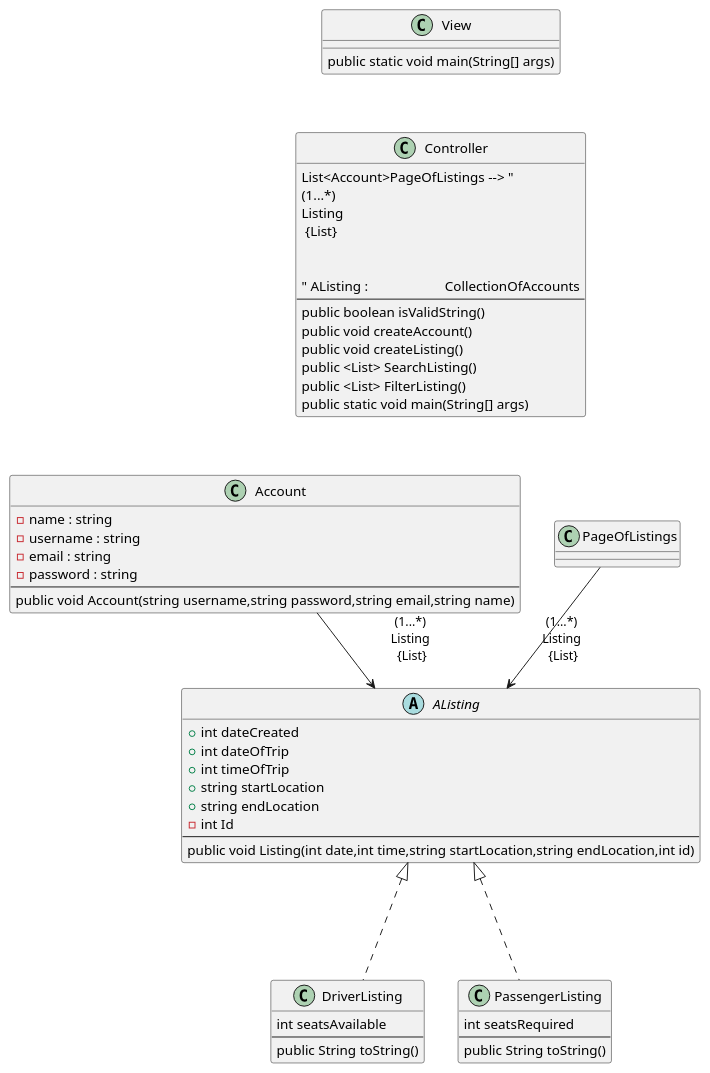
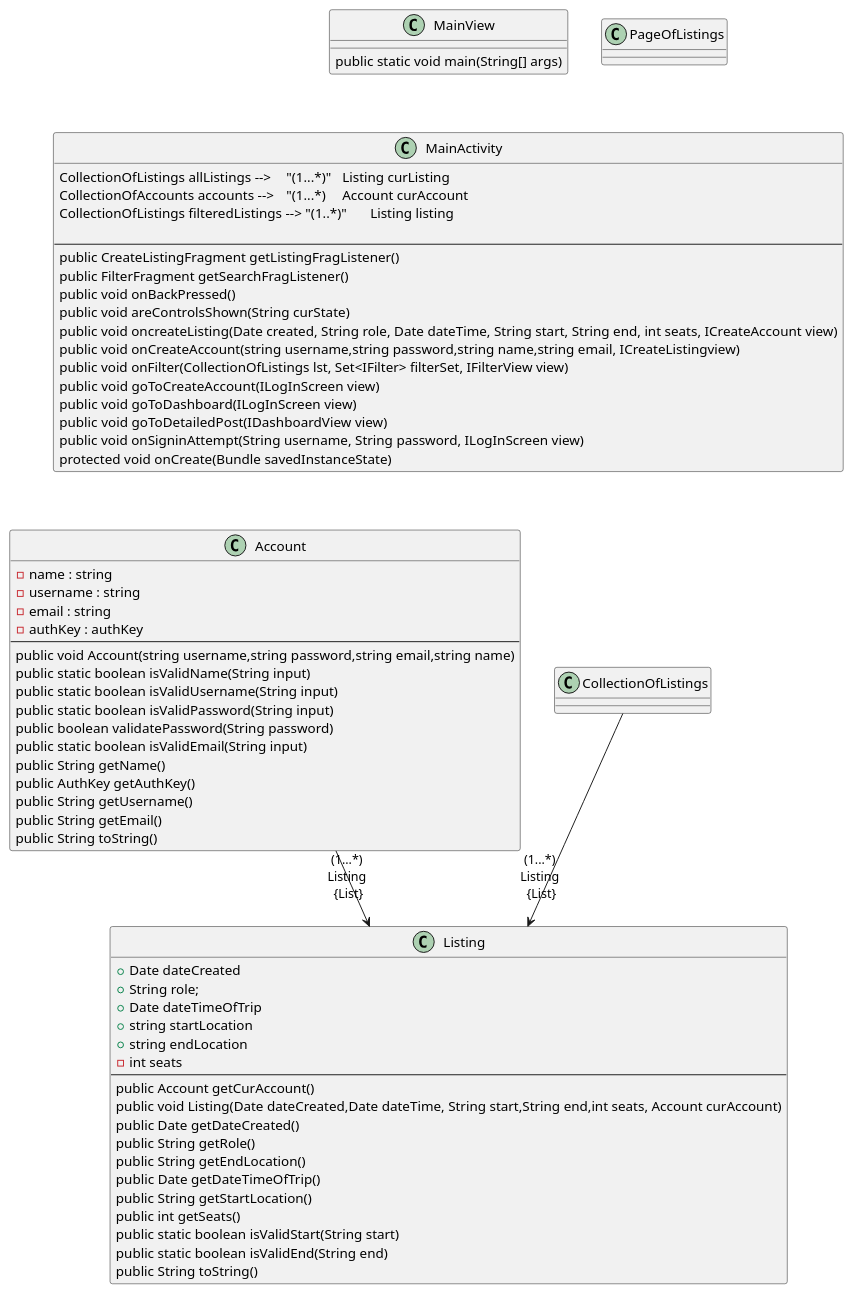
The seventh of 7 diagrams in intellij/doc/design.md (PriyaMulla/Carpool-Connect-VC), drawn with PlantUML before and after one commit. The commit also changed other lines of this file and 7 other files, not shown here.

````diff
--- a/intellij/doc/design.md
+++ b/intellij/doc/design.md
@@ -162,45 +213,66 @@
 -name : string
 -username : string
 -email : string
--password : string
+-authKey : authKey
 --
 public void Account(string username,string password,string email,string name)
+public static boolean isValidName(String input)
+public static boolean isValidUsername(String input)
+public static boolean isValidPassword(String input)
+public boolean validatePassword(String password)
+public static boolean isValidEmail(String input)
+public String getName()
+public AuthKey getAuthKey()
+public String getUsername()
+public String getEmail()
+public String toString()
 }
 
-abstract AListing{
-+int dateCreated
-+int dateOfTrip
-+int timeOfTrip
+class Listing{
++Date dateCreated
++String role;
++Date dateTimeOfTrip
 +string startLocation
 +string endLocation
--int Id
+-int seats
 --
-public void Listing(int date,int time,string startLocation,string endLocation,int id)
-}
-class DriverListing{
-int seatsAvailable
---
+public Account getCurAccount()
+public void Listing(Date dateCreated,Date dateTime, String start,String end,int seats, Account curAccount)
+public Date getDateCreated()
+public String getRole()
+public String getEndLocation()
+public Date getDateTimeOfTrip()
+public String getStartLocation()
+public int getSeats()
+public static boolean isValidStart(String start)
+public static boolean isValidEnd(String end)
 public String toString()
 }
-class PassengerListing{
-int seatsRequired
+
+
+class MainActivity{
+CollectionOfListings allListings --> \t "(1...*)"\t Listing curListing 
+CollectionOfAccounts accounts --> \t "(1...*)\t Account curAccount
+CollectionOfListings filteredListings --> "(1..*)"\t Listing listing
+
 --
-public String toString()
+public CreateListingFragment getListingFragListener()
+public FilterFragment getSearchFragListener()
+public void onBackPressed()
+public void areControlsShown(String curState)
+public void oncreateListing(Date created, String role, Date dateTime, String start, String end, int seats, ICreateAccount view)
+public void onCreateAccount(string username,string password,string name,string email, ICreateListingview)
+public void onFilter(CollectionOfListings lst, Set<IFilter> filterSet, IFilterView view)
+public void goToCreateAccount(ILogInScreen view)
+public void goToDashboard(ILogInScreen view)
+public void goToDetailedPost(IDashboardView view)
+public void onSigninAttempt(String username, String password, ILogInScreen view)
+protected void onCreate(Bundle savedInstanceState)
 }
-class Controller{
-List<Account>PageOfListings --> "\n(1...*)\nListing\n {List}\n\n\n" AListing : \t\t\t CollectionOfAccounts 
---
-public boolean isValidString()
-public void createAccount()
-public void createListing()
-public <List> SearchListing()
-public <List> FilterListing()
-public static void main(String[] args)
-}
-class PageOfListings{
+class CollectionOfListings{
 
 }
-class View{
+class MainView{
  
 public static void main(String[] args)
 }
@@ -209,13 +281,12 @@
 class PageOfListings
 }
 'Association
-View --[hidden] Controller
-Controller -[hidden] PageOfListings
-Controller --[hidden] Account
-PageOfListings --> "\n(1...*)\nListing\n {List}\n" AListing : \t\t\t
-Account --> "\n(1...*)\nListing\n {List}\n" AListing : \t
-AListing <|... DriverListing
-AListing <|... PassengerListing
-Account -[hidden] PageOfListings
+MainView --[hidden] MainActivity
+MainActivity -[hidden] CollectionOfListings
+MainActivity --[hidden] Account
+CollectionOfListings --> "\n(1...*)\nListing\n {List}\n" Listing : \t\t\t
+Account --> "\n(1...*)\nListing\n {List}\n" Listing : \t
+
+Account -[hidden] CollectionOfListings
 @enduml
 ```
````
